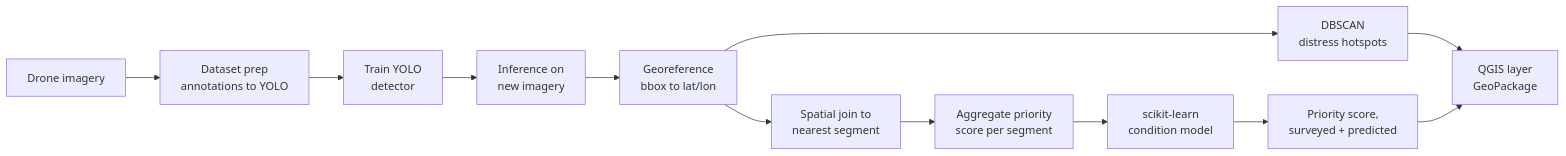
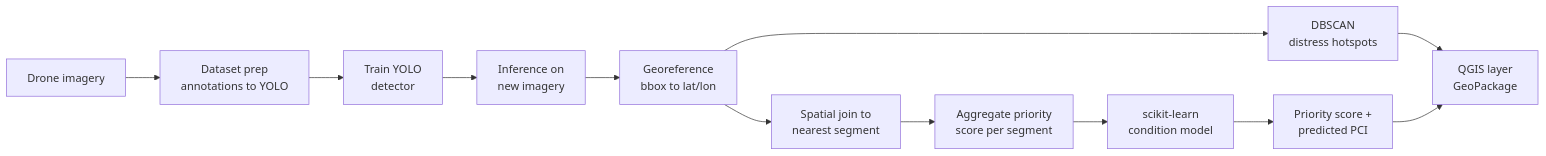
Before and after one commit to akrambouznad789-cyber/pavement-distress-drone: the diagram in README.md, drawn with Mermaid. The commit also changed other lines of this file and 4 other files, not shown here.

````diff
--- a/README.md
+++ b/README.md
@@ -77,14 +81,14 @@
 ```mermaid
 flowchart LR
     A[Drone imagery] --> B[Dataset prep<br/>annotations to YOLO]
     B --> C[Train YOLO<br/>detector]
     C --> D[Inference on<br/>new imagery]
     D --> E[Georeference<br/>bbox to lat/lon]
     E --> F[DBSCAN<br/>distress hotspots]
     E --> G[Spatial join to<br/>nearest segment]
     G --> H[Aggregate priority<br/>score per segment]
     H --> I[scikit-learn<br/>condition model]
-    I --> J[Priority score,<br/>surveyed + predicted]
+    I --> J[Priority score +<br/>predicted PCI]
     F --> K[QGIS layer<br/>GeoPackage]
     J --> K
 ```
````
